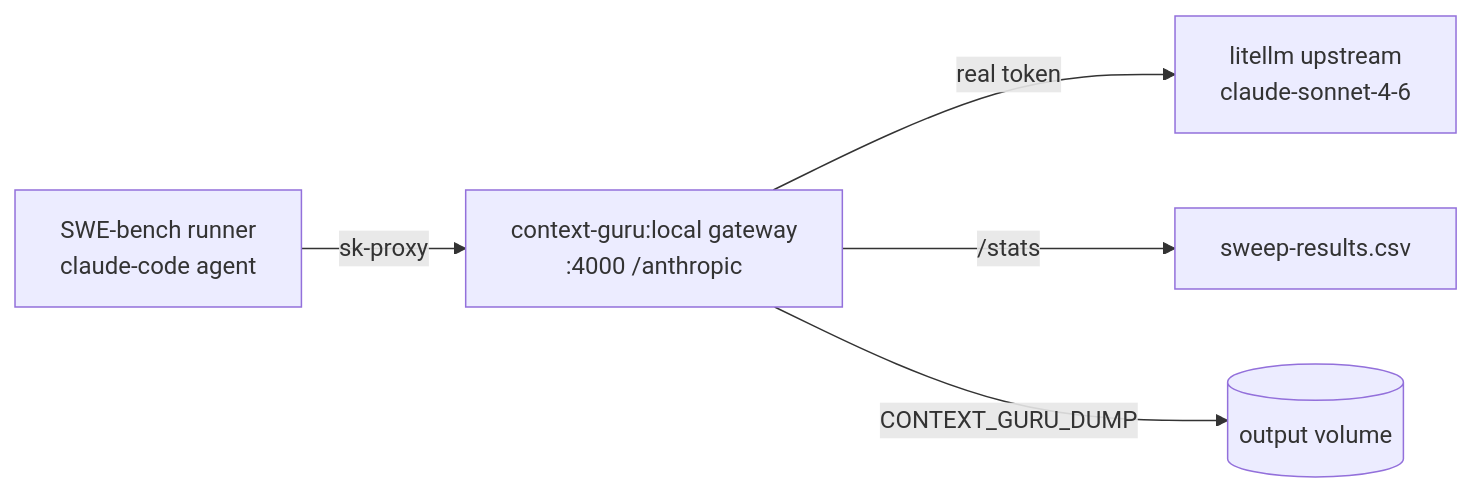
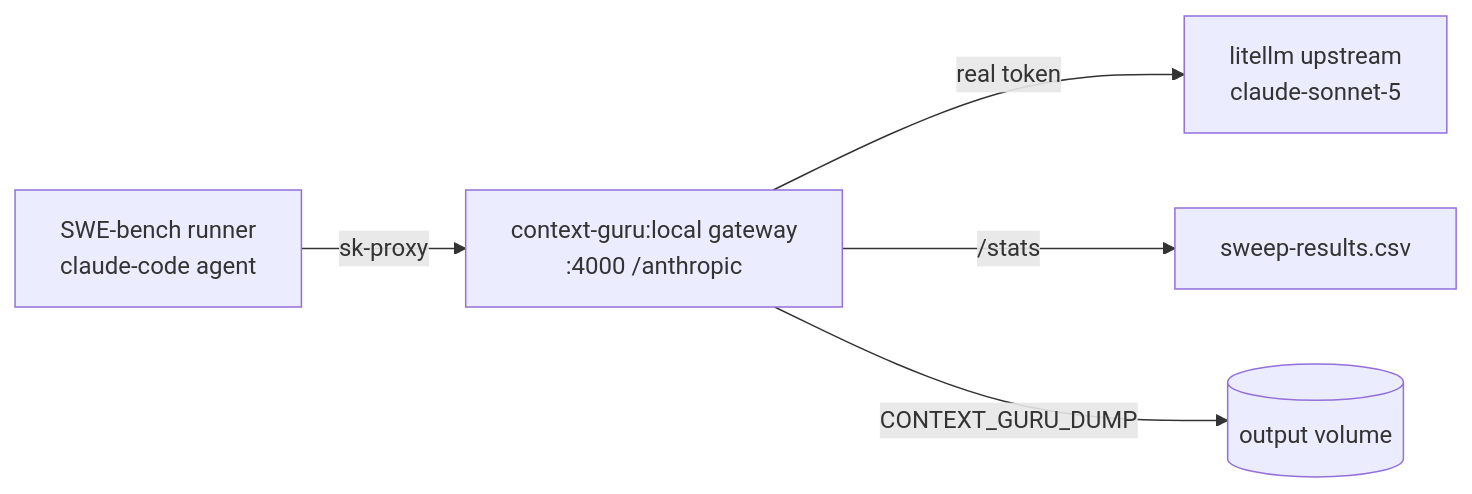
One commit to itay-nakash/context-guru changed the diagram in docs/setup.md. Above: the diagram before and after it, drawn with Mermaid. The commit also changed other lines of this file and 97 other files, not shown here.

````diff
--- a/docs/setup.md
+++ b/docs/setup.md
@@ -50,7 +46,7 @@
 ```mermaid
 flowchart LR
   R[SWE-bench runner<br/>claude-code agent] -->|sk-proxy| G[context-guru:local gateway<br/>:4000 /anthropic]
-  G -->|real token| U[litellm upstream<br/>claude-sonnet-4-6]
+  G -->|real token| U[litellm upstream<br/>claude-sonnet-5]
   G -->|/stats| CSV[sweep-results.csv]
   G -->|CONTEXT_GURU_DUMP| V[(output volume)]
 ```
````
